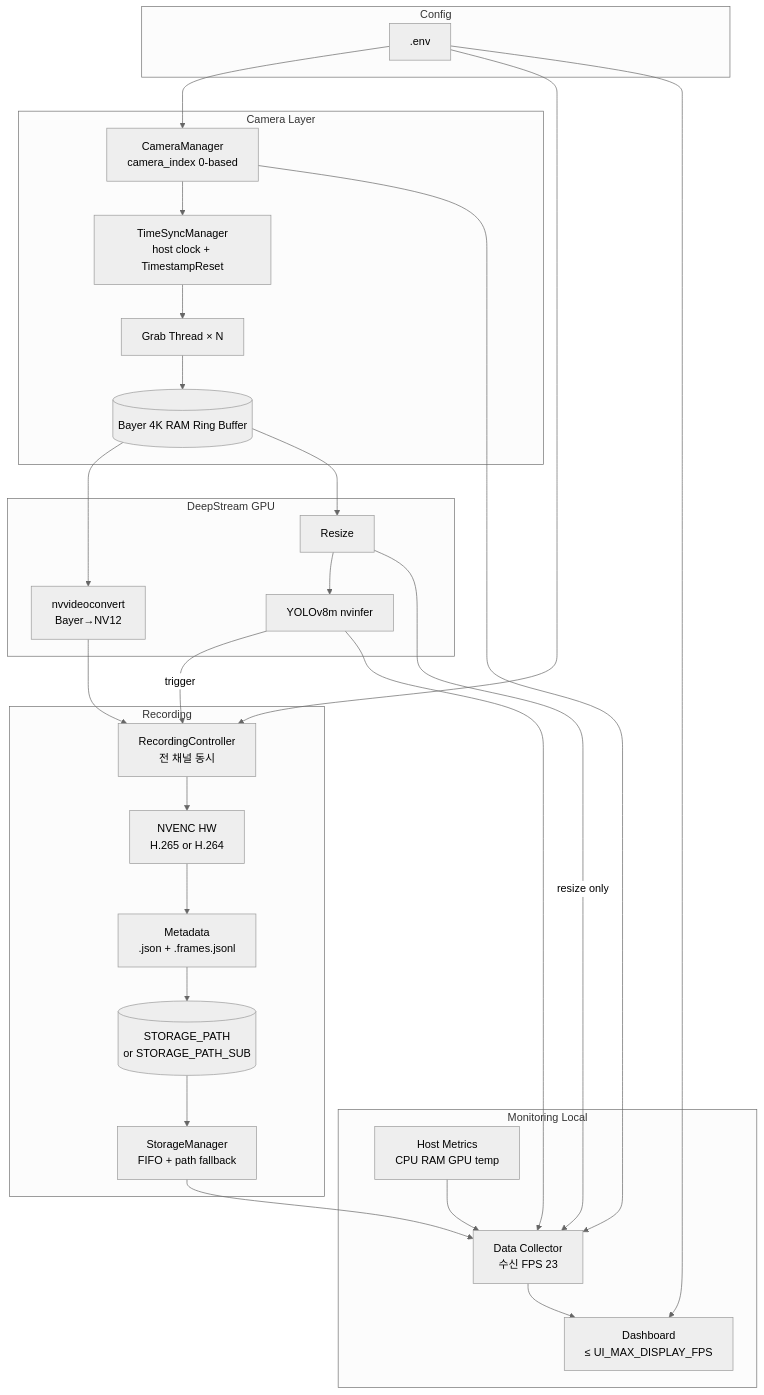
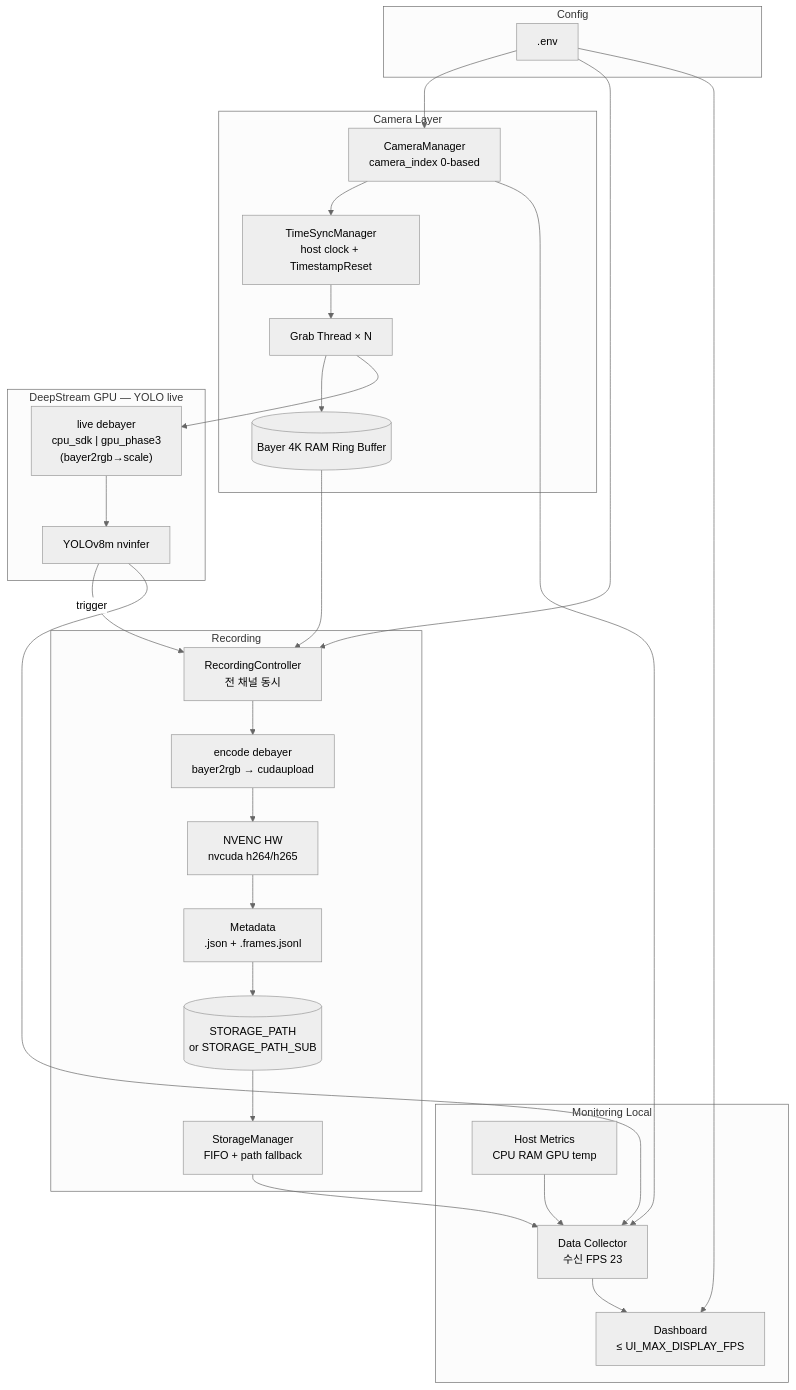
One commit to besolt-JJune/cam_acq changed the diagram in docs/architecture.md. Above: the diagram before and after it, drawn with Mermaid (neutral theme). The commit also changed other lines of this file and 4 other files, not shown here.

First line of the commit message:
Document 3ch debayer strategy and encode pipeline debayer path.

````diff
--- a/docs/architecture.md
+++ b/docs/architecture.md
@@ -19,50 +19,48 @@
 ```mermaid
 flowchart TB
     subgraph env [Config]
         DOTENV[".env"]
     end
 
     subgraph cam [Camera Layer]
         CM[CameraManager\ncamera_index 0-based]
         TSM[TimeSyncManager\nhost clock + TimestampReset]
         GRAB[Grab Thread × N]
         RB[(Bayer 4K RAM Ring Buffer)]
         CM --> TSM --> GRAB --> RB
     end
 
-    subgraph ds [DeepStream GPU]
-        DEBAYER[nvvideoconvert\nBayer→NV12]
-        PRE[Resize]
+    subgraph ds [DeepStream GPU — YOLO live]
+        LIVE_DEBAYER["live debayer\ncpu_sdk | gpu_phase3\n(bayer2rgb→scale)"]
         YOLO[YOLOv8m nvinfer]
-        RB --> DEBAYER
-        RB --> PRE --> YOLO
+        GRAB --> LIVE_DEBAYER --> YOLO
     end
 
     subgraph rec [Recording]
         RC[RecordingController\n전 채널 동시]
-        ENC[NVENC HW\nH.265 or H.264]
+        ENC_DEBAYER["encode debayer\nbayer2rgb → cudaupload"]
+        ENC[NVENC HW\nnvcuda h264/h265]
         META["Metadata\n.json + .frames.jsonl"]
         YOLO -->|trigger| RC
-        DEBAYER --> RC
-        RC --> ENC --> META
+        RB --> RC
+        RC --> ENC_DEBAYER --> ENC --> META
         META --> STOR[(STORAGE_PATH\nor STORAGE_PATH_SUB)]
         SM[StorageManager\nFIFO + path fallback]
         STOR --> SM
     end
 
     subgraph ui [Monitoring Local]
         COL[Data Collector\n수신 FPS 23]
         SYS[Host Metrics\nCPU RAM GPU temp]
         WEB[Dashboard\n≤ UI_MAX_DISPLAY_FPS]
-        PRE -->|resize only| COL
         YOLO --> COL
         CM --> COL
         SM --> COL
         SYS --> COL
         COL --> WEB
     end
 
     DOTENV --> CM
     DOTENV --> RC
     DOTENV --> WEB
 ```
````
